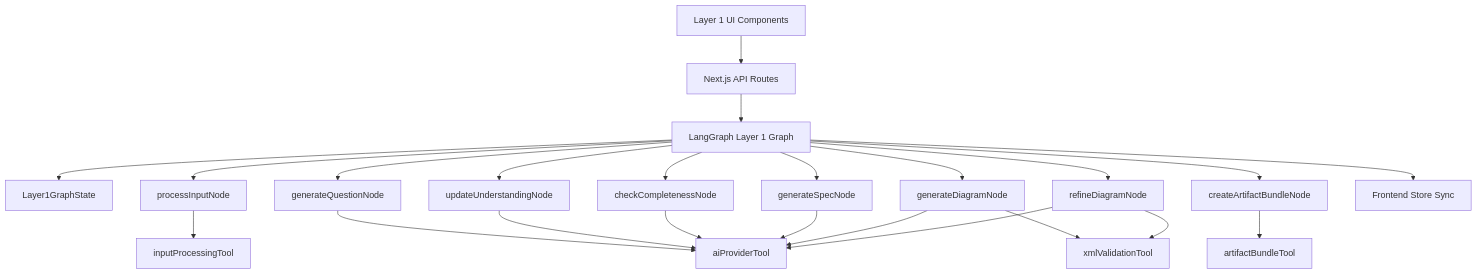
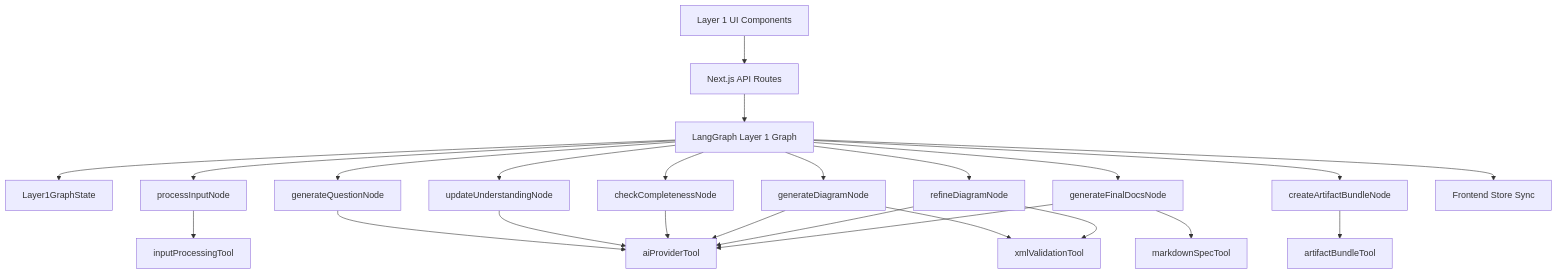
Diagram 13 of 19 in Docs/system-design-detailed-plan.md (ProductMasterz/Mujarrad-Frontend), drawn with Mermaid before and after one commit. The commit also changed other lines of this file, not shown here.

Commit message:
Sync corrected system design roadmap

````diff
--- a/Docs/system-design-detailed-plan.md
+++ b/Docs/system-design-detailed-plan.md
@@ -1755,29 +1794,30 @@
 ```mermaid
 flowchart TD
     UI[Layer 1 UI Components] --> API[Next.js API Routes]
     API --> Graph[LangGraph Layer 1 Graph]
 
     Graph --> State[Layer1GraphState]
 
     Graph --> N1[processInputNode]
     Graph --> N2[generateQuestionNode]
     Graph --> N3[updateUnderstandingNode]
     Graph --> N4[checkCompletenessNode]
-    Graph --> N5[generateSpecNode]
-    Graph --> N6[generateDiagramNode]
-    Graph --> N7[refineDiagramNode]
+    Graph --> N5[generateDiagramNode]
+    Graph --> N6[refineDiagramNode]
+    Graph --> N7[generateFinalDocsNode]
     Graph --> N8[createArtifactBundleNode]
 
     N1 --> T1[inputProcessingTool]
     N2 --> T2[aiProviderTool]
     N3 --> T2
     N4 --> T2
     N5 --> T2
+    N5 --> T3[xmlValidationTool]
     N6 --> T2
-    N6 --> T3[xmlValidationTool]
+    N6 --> T3
     N7 --> T2
-    N7 --> T3
-    N8 --> T4[artifactBundleTool]
+    N7 --> T4[markdownSpecTool]
+    N8 --> T5[artifactBundleTool]
 
     Graph --> Store[Frontend Store Sync]
 ```
````
